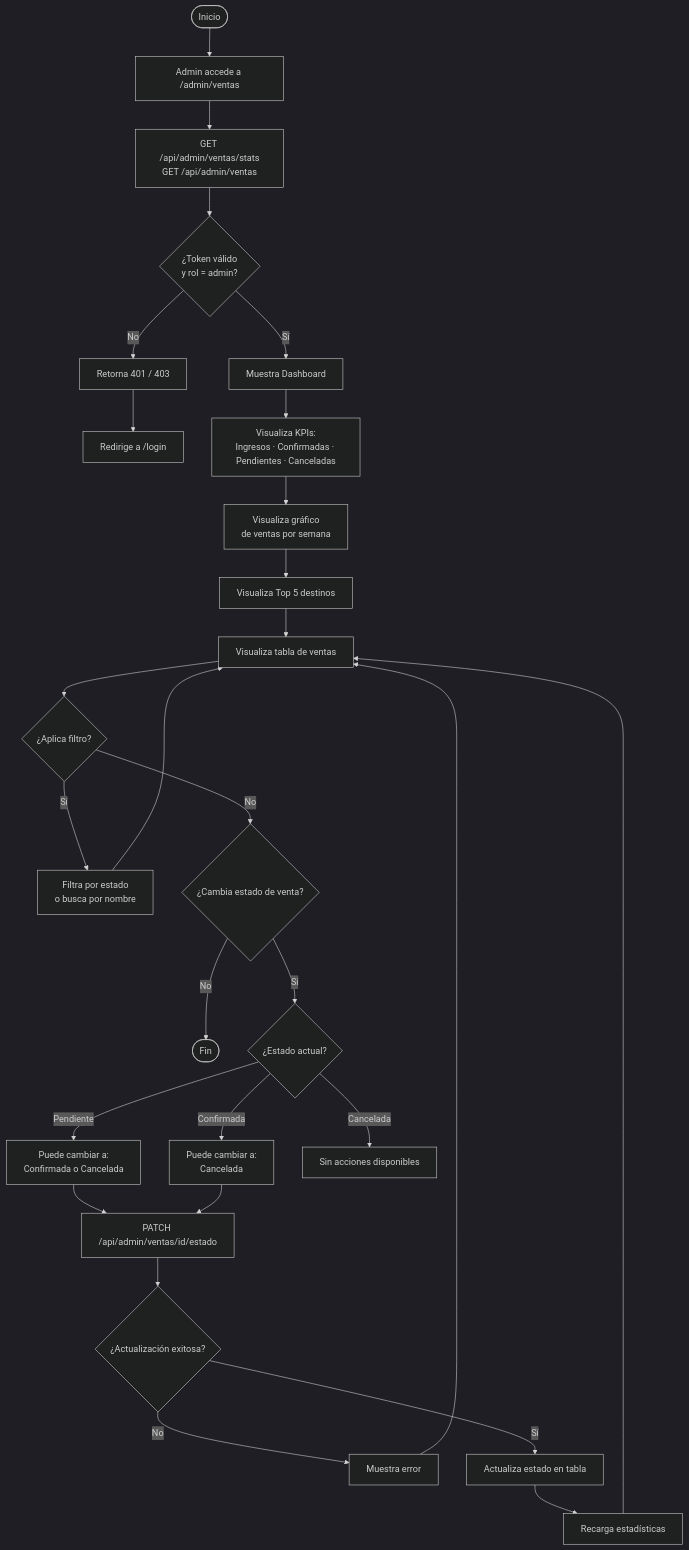
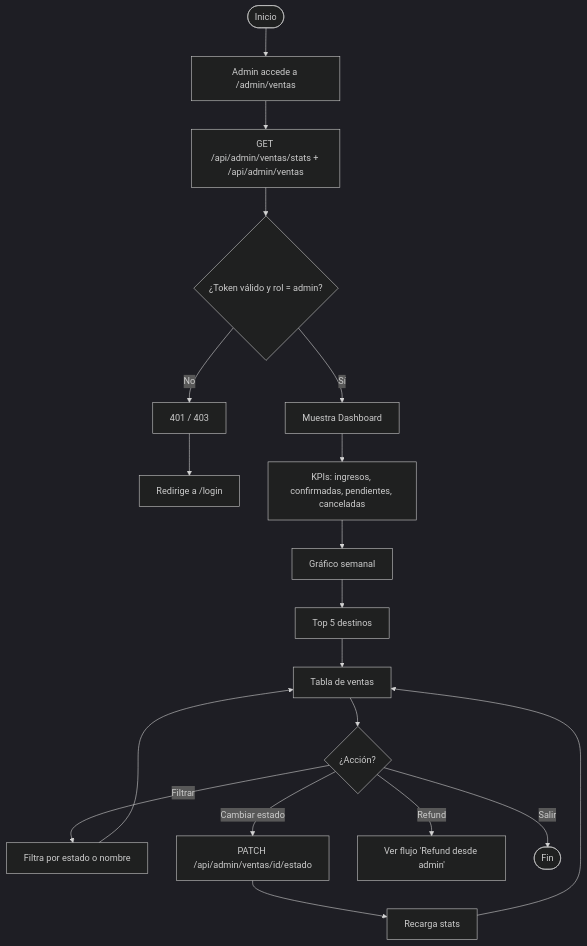
One commit to JorggeHM/TuViaje changed diagram 11 of 14 in DIAGRAMAS.md. Above: the diagram before and after it, drawn with Mermaid (dark theme). The commit also changed other lines of this file and 15 other files, not shown here.

````diff
--- a/DIAGRAMAS.md
+++ b/DIAGRAMAS.md
@@ -411,30 +617,21 @@
 ```mermaid
 flowchart TD
     A([Inicio]) --> B[Admin accede a /admin/ventas]
-    B --> C[GET /api/admin/ventas/stats\nGET /api/admin/ventas]
-    C --> D{¿Token válido\ny rol = admin?}
-    D -- No --> E[Retorna 401 / 403]
+    B --> C[GET /api/admin/ventas/stats + /api/admin/ventas]
+    C --> D{¿Token válido y rol = admin?}
+    D -- No --> E[401 / 403]
     E --> F[Redirige a /login]
     D -- Sí --> G[Muestra Dashboard]
-    G --> H[Visualiza KPIs:\nIngresos · Confirmadas · Pendientes · Canceladas]
-    H --> I[Visualiza gráfico\nde ventas por semana]
-    I --> J[Visualiza Top 5 destinos]
-    J --> K[Visualiza tabla de ventas]
-    K --> L{¿Aplica filtro?}
-    L -- Sí --> M[Filtra por estado\no busca por nombre]
+    G --> H[KPIs: ingresos, confirmadas, pendientes, canceladas]
+    H --> I[Gráfico semanal]
+    I --> J[Top 5 destinos]
+    J --> K[Tabla de ventas]
+    K --> L{¿Acción?}
+    L -- Filtrar --> M[Filtra por estado o nombre]
     M --> K
-    L -- No --> N{¿Cambia estado de venta?}
-    N -- No --> O([Fin])
-    N -- Sí --> P{¿Estado actual?}
-    P -- Pendiente --> Q[Puede cambiar a:\nConfirmada o Cancelada]
-    P -- Confirmada --> R[Puede cambiar a:\nCancelada]
-    P -- Cancelada --> S[Sin acciones disponibles]
-    Q --> T[PATCH /api/admin/ventas/id/estado]
-    R --> T
-    T --> U{¿Actualización exitosa?}
-    U -- No --> V[Muestra error]
-    V --> K
-    U -- Sí --> W[Actualiza estado en tabla]
-    W --> X[Recarga estadísticas]
-    X --> K
+    L -- Cambiar estado --> N[PATCH /api/admin/ventas/id/estado]
+    N --> O[Recarga stats]
+    O --> K
+    L -- Refund --> P[Ver flujo 'Refund desde admin']
+    L -- Salir --> Q([Fin])
 ```
````
